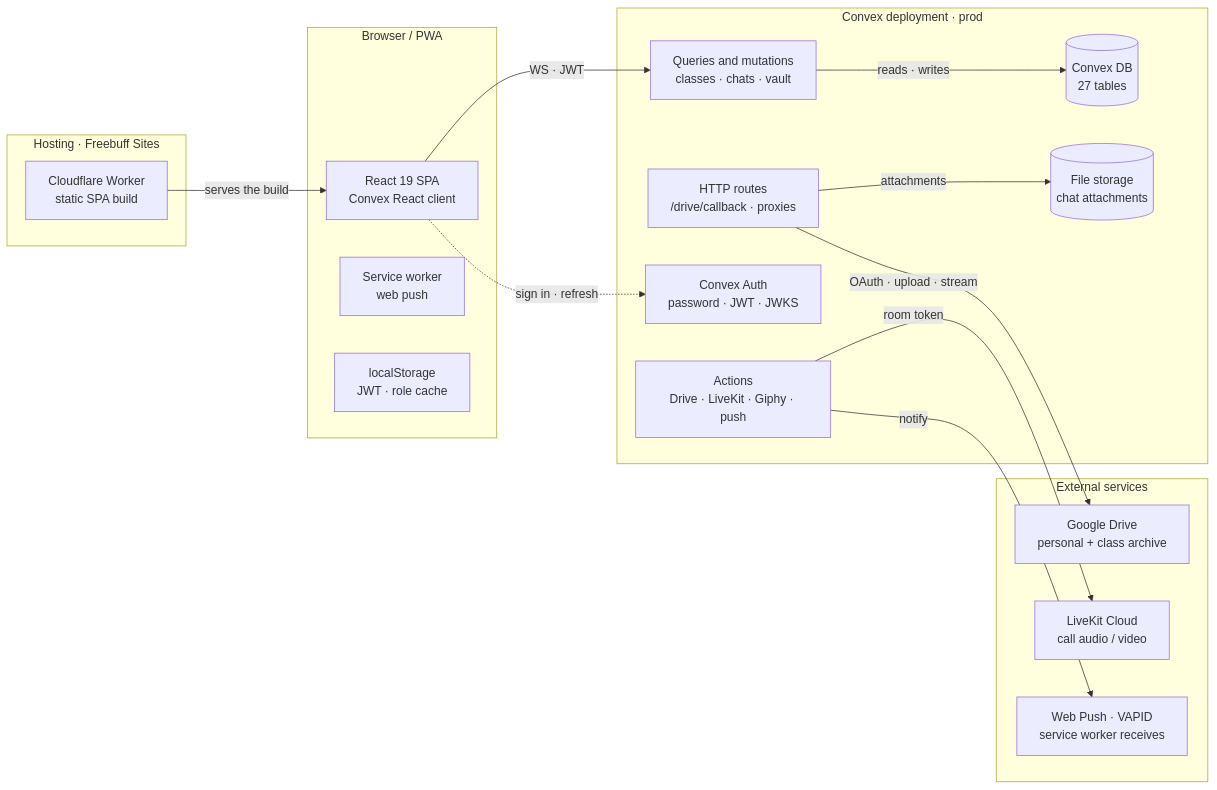
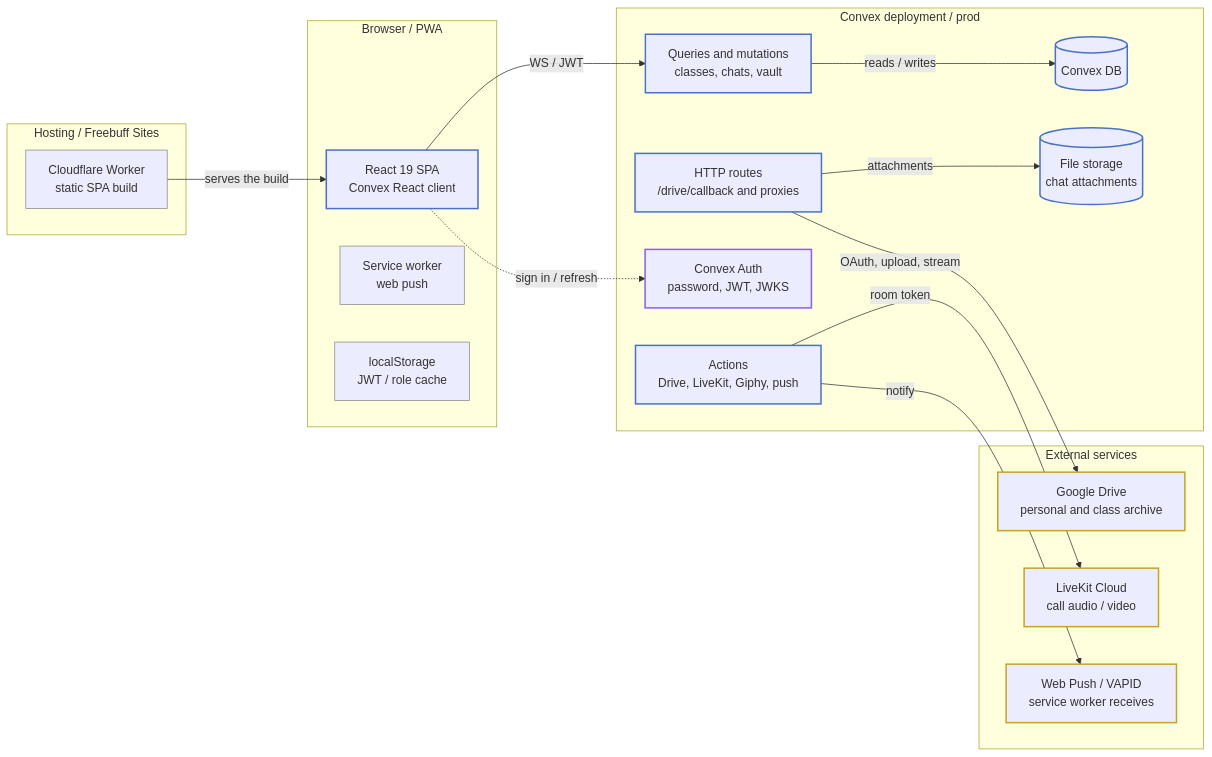
Before and after one commit to ZabuzaThePython/natyavaultuse: the diagram in docs/architecture.md, drawn with Mermaid. The commit also changed other lines of this file and 5 other files, not shown here.

First line of the commit message:
Add data-model docs, generated from the schema

````diff
--- a/docs/architecture.md
+++ b/docs/architecture.md
@@ -7,36 +7,46 @@
 ```mermaid
 flowchart LR
-  subgraph hosting["Hosting · Freebuff Sites"]
+  classDef app stroke:#4a72c4,stroke-width:2px
+  classDef auth stroke:#8b5cf6,stroke-width:2px
+  classDef ext stroke:#c9a227,stroke-width:2px
+  classDef neutral stroke:#8a8a8a,stroke-width:1px
+
+  subgraph hosting["Hosting / Freebuff Sites"]
     sites["Cloudflare Worker<br/>static SPA build"]
   end
 
   subgraph browser["Browser / PWA"]
     client["React 19 SPA<br/>Convex React client"]
     sw["Service worker<br/>web push"]
-    store["localStorage<br/>JWT · role cache"]
+    store["localStorage<br/>JWT / role cache"]
   end
 
-  subgraph deploy["Convex deployment · prod"]
-    fns["Queries and mutations<br/>classes · chats · vault"]
-    http["HTTP routes<br/>/drive/callback · proxies"]
-    db[("Convex DB<br/>27 tables")]
+  subgraph deploy["Convex deployment / prod"]
+    fns["Queries and mutations<br/>classes, chats, vault"]
+    http["HTTP routes<br/>/drive/callback and proxies"]
+    db[("Convex DB")]
     files[("File storage<br/>chat attachments")]
-    auth["Convex Auth<br/>password · JWT · JWKS"]
-    actions["Actions<br/>Drive · LiveKit · Giphy · push"]
+    auth["Convex Auth<br/>password, JWT, JWKS"]
+    actions["Actions<br/>Drive, LiveKit, Giphy, push"]
   end
 
   subgraph external["External services"]
-    drive["Google Drive<br/>personal + class archive"]
+    drive["Google Drive<br/>personal and class archive"]
     livekit["LiveKit Cloud<br/>call audio / video"]
-    push["Web Push · VAPID<br/>service worker receives"]
+    push["Web Push / VAPID<br/>service worker receives"]
   end
 
   sites -->|serves the build| client
-  client -->|WS · JWT| fns
-  client -.->|sign in · refresh| auth
-  fns -->|reads · writes| db
+  client -->|WS / JWT| fns
+  client -.->|sign in / refresh| auth
+  fns -->|reads / writes| db
   http -->|attachments| files
-  http -->|OAuth · upload · stream| drive
+  http -->|OAuth, upload, stream| drive
   actions -->|room token| livekit
   actions -->|notify| push
+
+  class sites,sw,store neutral
+  class client,fns,http,db,files,actions app
+  class auth auth
+  class drive,livekit,push ext
 ```
````
